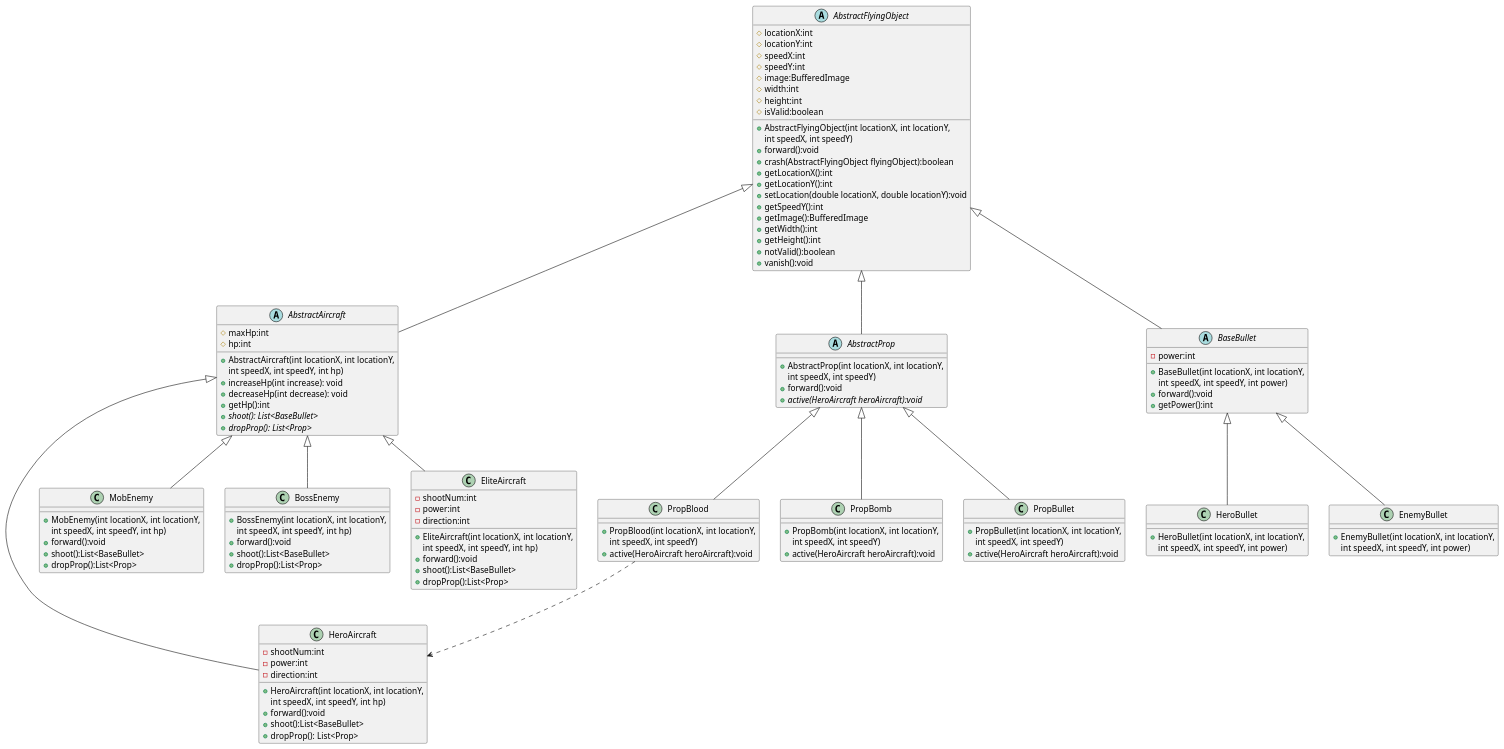
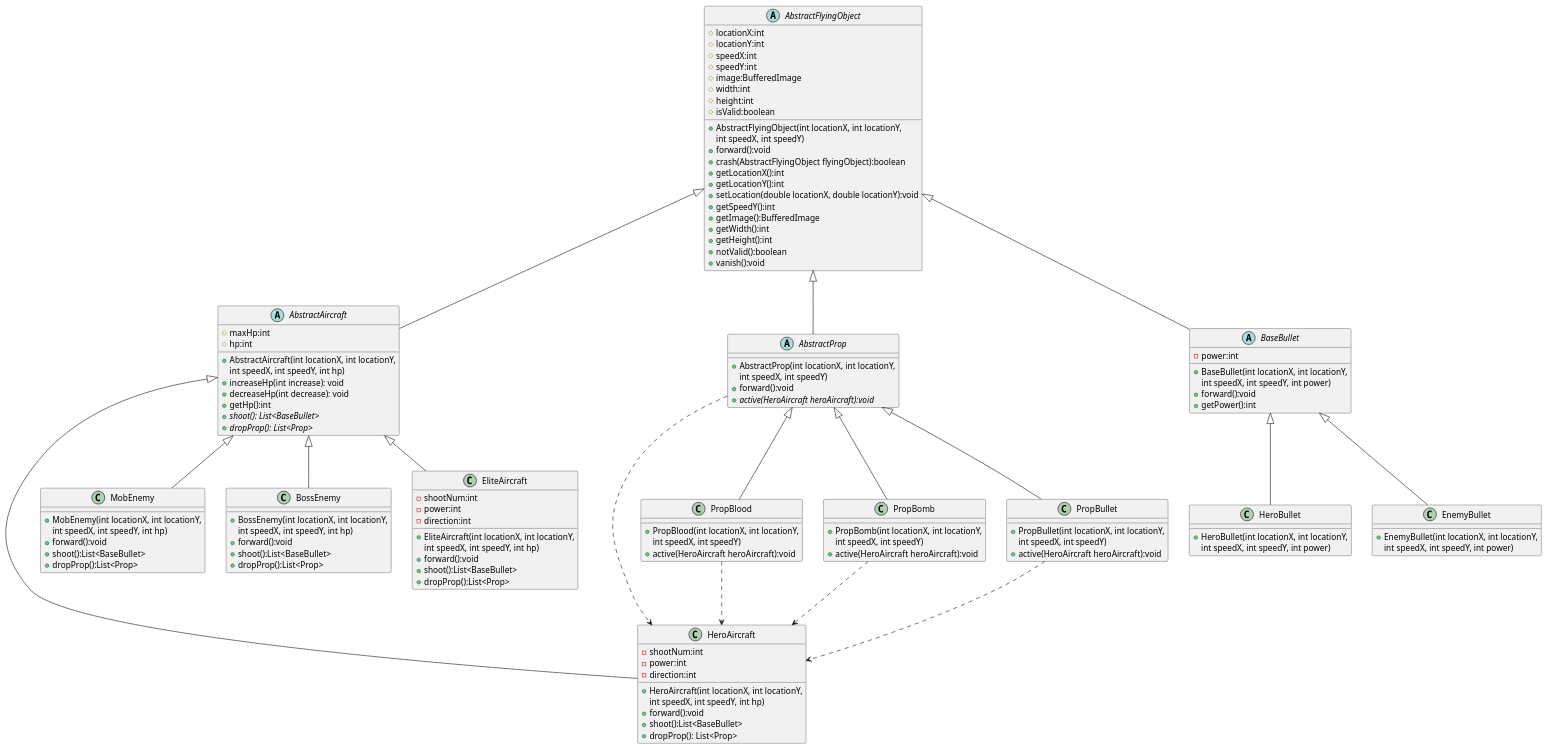
The diagram in uml/Inheritence.puml (HaHaRen6/AircraftWar-base), drawn with PlantUML before and after one commit. The commit also changed 5 other files, not shown here.

Commit message:
lab1 update uml & upload lab2 documents

```diff
--- a/uml/Inheritence.puml
+++ b/uml/Inheritence.puml
@@ -1,152 +1,155 @@
 @startuml
 'https://plantuml.com/class-diagram
 
 abstract class AbstractFlyingObject
 {
     # locationX:int
     # locationY:int
     # speedX:int
     # speedY:int
     # image:BufferedImage
     # width:int
     # height:int
     # isValid:boolean
 
     + AbstractFlyingObject(int locationX, int locationY,
         int speedX, int speedY)
     + forward():void
     + crash(AbstractFlyingObject flyingObject):boolean
     + getLocationX():int
     + getLocationY():int
     + setLocation(double locationX, double locationY):void
     + getSpeedY():int
     + getImage():BufferedImage
     + getWidth():int
     + getHeight():int
     + notValid():boolean
     + vanish():void
 }
 
 abstract class AbstractAircraft
 {
 	# maxHp:int
     # hp:int
 
     + AbstractAircraft(int locationX, int locationY,
         int speedX, int speedY, int hp)
     + increaseHp(int increase): void
     + decreaseHp(int decrease): void
     + getHp():int
     + {abstract} shoot(): List<BaseBullet>
     + {abstract} dropProp(): List<Prop>
 }
 AbstractFlyingObject <|-- AbstractAircraft
 
 
 class HeroAircraft {
     - shootNum:int
     - power:int
     - direction:int
 
     + HeroAircraft(int locationX, int locationY,
         int speedX, int speedY, int hp)
     + forward():void
     + shoot():List<BaseBullet>
     + dropProp(): List<Prop>
 }
 
 AbstractAircraft <|-- HeroAircraft
 
 class MobEnemy {
 
     + MobEnemy(int locationX, int locationY,
         int speedX, int speedY, int hp)
     + forward():void
     + shoot():List<BaseBullet>
     + dropProp():List<Prop>
 }
 AbstractAircraft <|-- MobEnemy
 
 class BossEnemy {
 
     + BossEnemy(int locationX, int locationY,
         int speedX, int speedY, int hp)
     + forward():void
     + shoot():List<BaseBullet>
     + dropProp():List<Prop>
 }
 AbstractAircraft <|-- BossEnemy
 
 class EliteAircraft {
     - shootNum:int
     - power:int
     - direction:int
 
     + EliteAircraft(int locationX, int locationY,
         int speedX, int speedY, int hp)
     + forward():void
     + shoot():List<BaseBullet>
     + dropProp():List<Prop>
 }
 AbstractAircraft <|-- EliteAircraft
 
 abstract class AbstractProp
 {
     + AbstractProp(int locationX, int locationY,
         int speedX, int speedY)
     + forward():void
     + {abstract} active(HeroAircraft heroAircraft):void
 }
 AbstractFlyingObject <|-- AbstractProp
+AbstractProp ..> HeroAircraft
 
 class PropBlood
 {
     + PropBlood(int locationX, int locationY,
         int speedX, int speedY)
     + active(HeroAircraft heroAircraft):void
 }
 AbstractProp <|-- PropBlood
 PropBlood ..> HeroAircraft
 
 class PropBomb
 {
 
     + PropBomb(int locationX, int locationY,
         int speedX, int speedY)
     + active(HeroAircraft heroAircraft):void
 }
 AbstractProp <|-- PropBomb
+PropBomb ..> HeroAircraft
 
 class PropBullet
 {
 
     + PropBullet(int locationX, int locationY,
         int speedX, int speedY)
     + active(HeroAircraft heroAircraft):void
 }
 AbstractProp <|-- PropBullet
+PropBullet ..> HeroAircraft
 
 abstract class BaseBullet
 {
     - power:int
 
     + BaseBullet(int locationX, int locationY,
         int speedX, int speedY, int power)
     + forward():void
 	+ getPower():int
 }
 AbstractFlyingObject <|-- BaseBullet
 
 class HeroBullet {
     + HeroBullet(int locationX, int locationY,
         int speedX, int speedY, int power)
 }
 BaseBullet <|-- HeroBullet
 
 class EnemyBullet {
     + EnemyBullet(int locationX, int locationY,
         int speedX, int speedY, int power)
 }
 BaseBullet <|-- EnemyBullet
 
 @enduml
```
